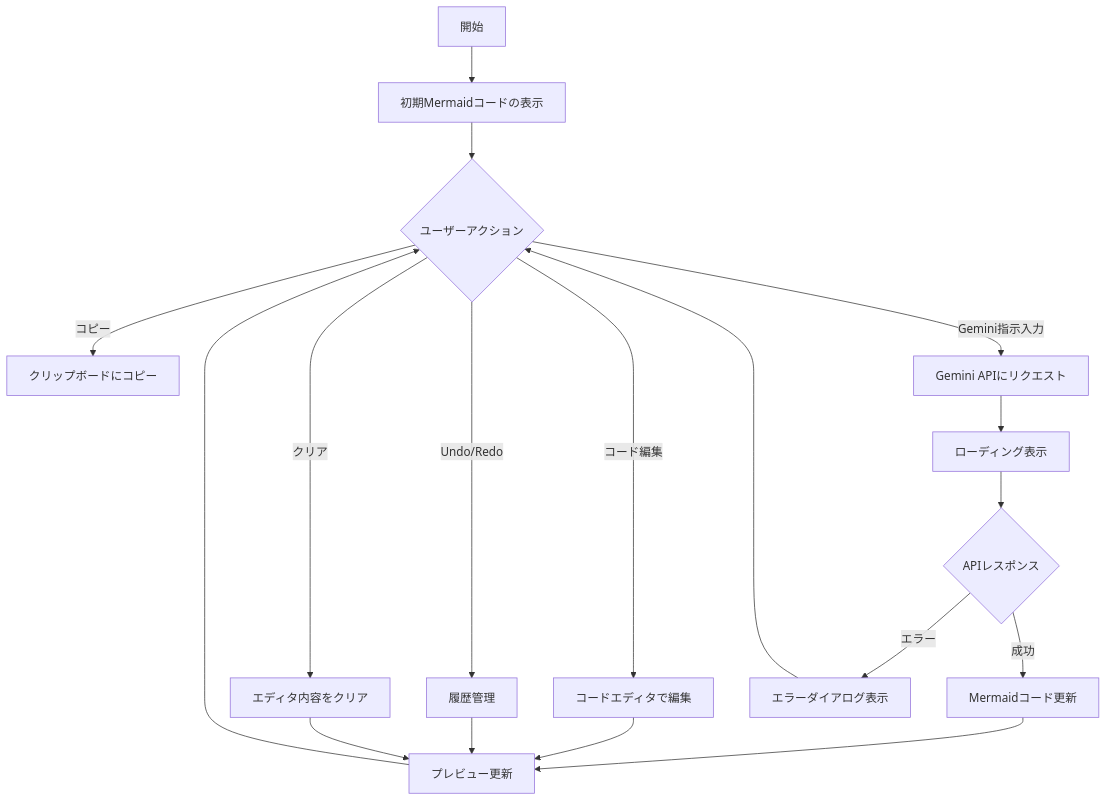
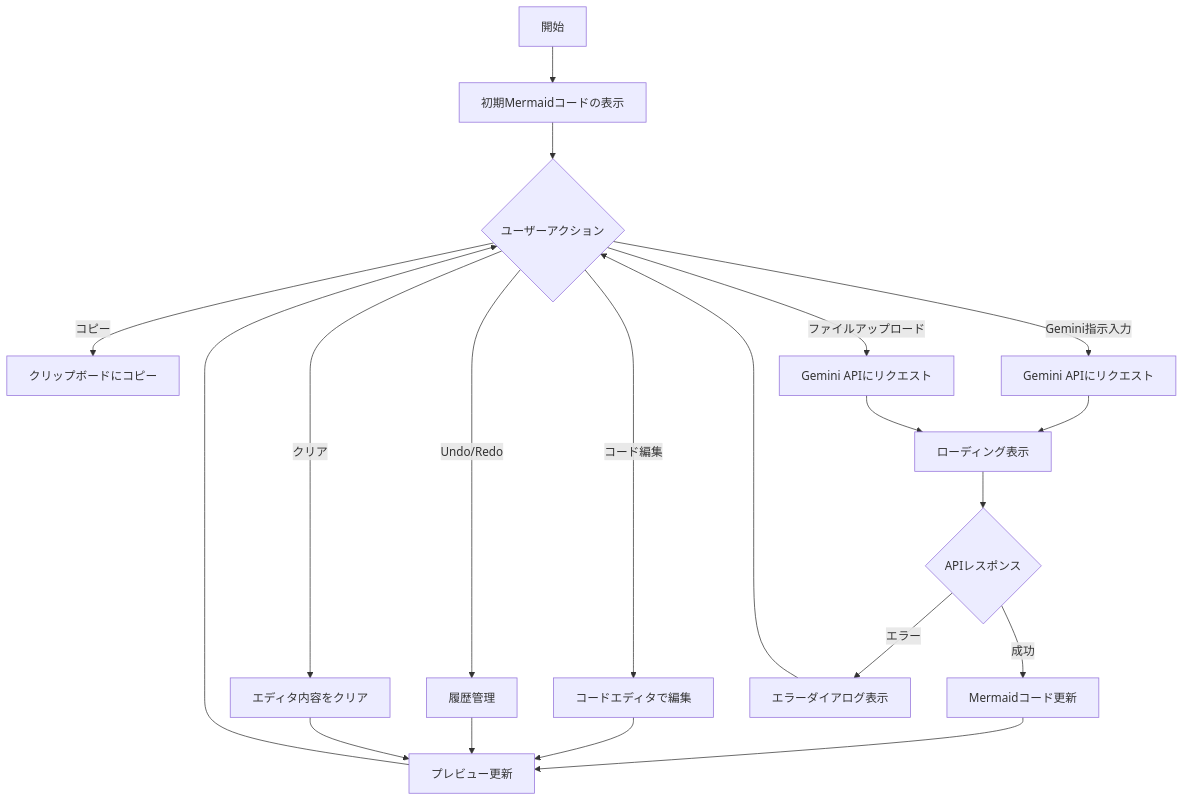
The diagram in README.md (aegisfleet/mermaid-editor-genai), drawn with Mermaid before and after one commit. The commit also changed 5 other files, not shown here.

````diff
--- a/README.md
+++ b/README.md
@@ -74,20 +74,22 @@
 ```mermaid
 graph TD
     A[開始] --> B[初期Mermaidコードの表示]
     B --> C{ユーザーアクション}
     C -->|コード編集| D[コードエディタで編集]
     C -->|Undo/Redo| E[履歴管理]
     C -->|クリア| F[エディタ内容をクリア]
     C -->|コピー| G[クリップボードにコピー]
     C -->|Gemini指示入力| H[Gemini APIにリクエスト]
+    C -->|ファイルアップロード| N[Gemini APIにリクエスト]
     H --> I[ローディング表示]
     I --> J{APIレスポンス}
+    N --> I
     J -->|成功| K[Mermaidコード更新]
     J -->|エラー| L[エラーダイアログ表示]
     K --> M[プレビュー更新]
     D --> M
     E --> M
     F --> M
     L --> C
     M --> C
 ```
````
